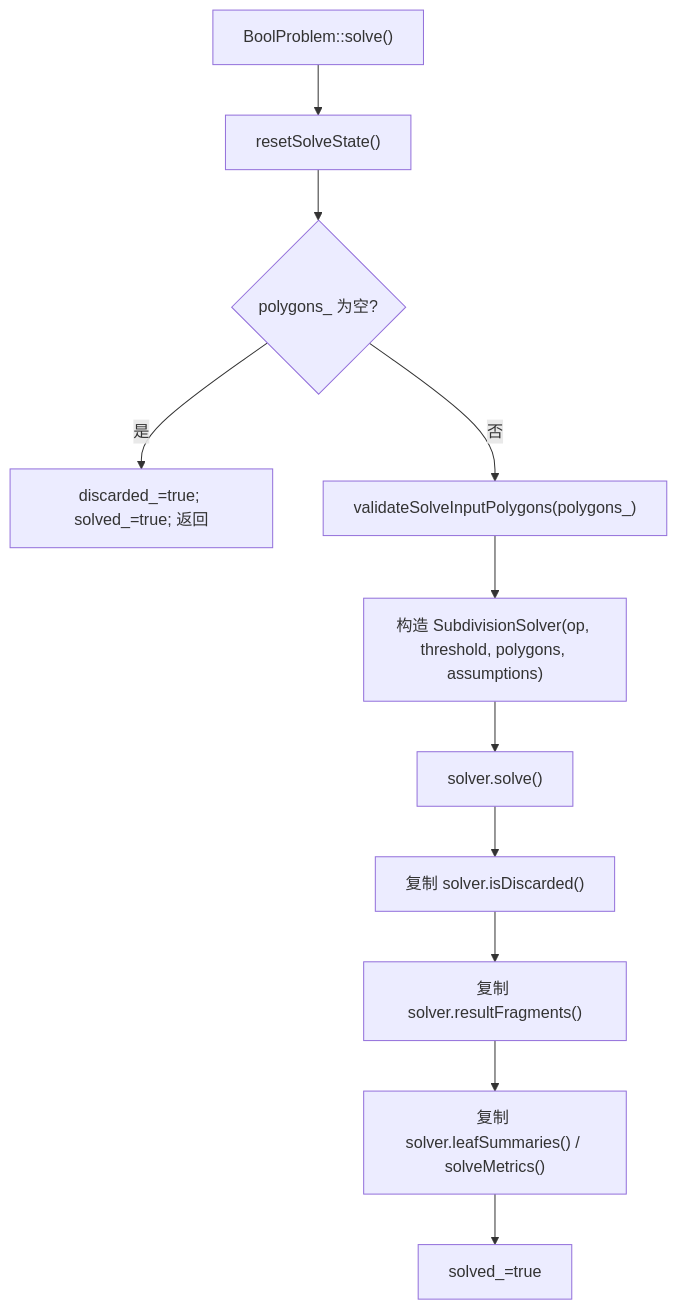
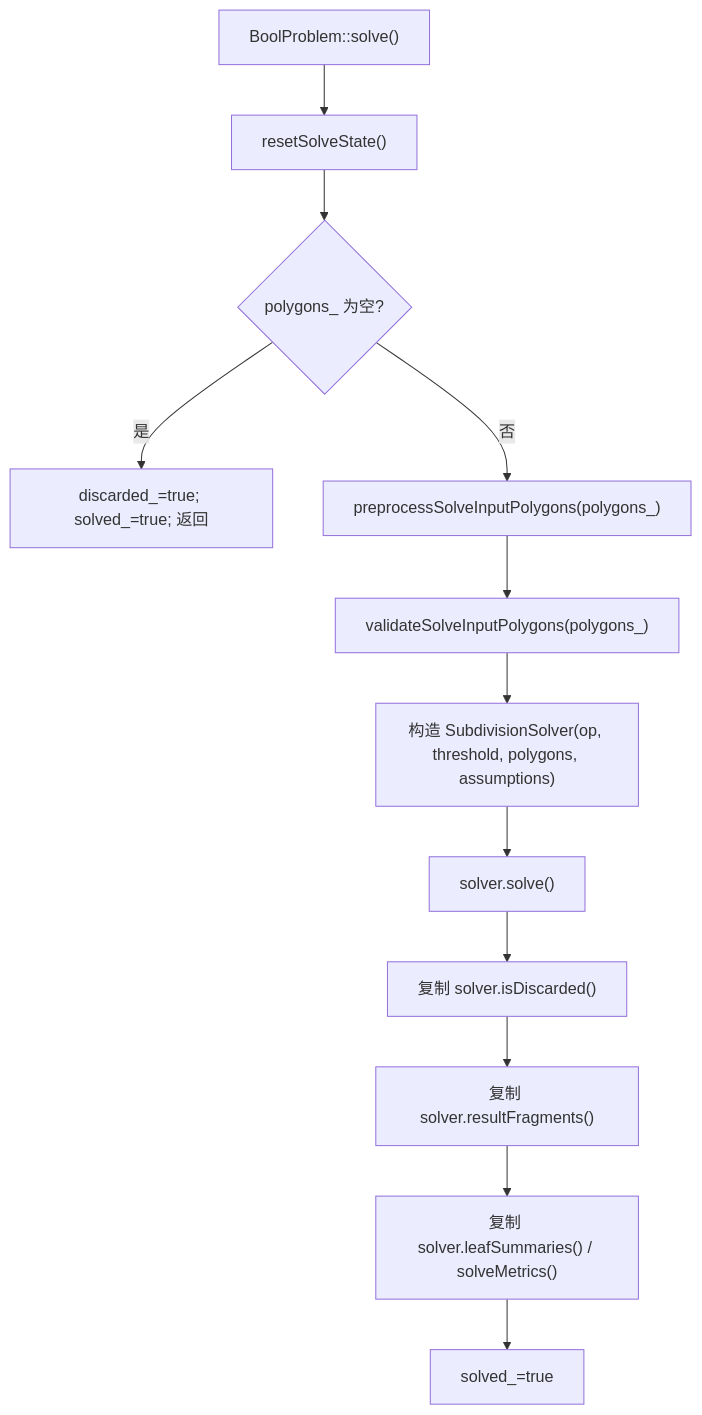
One commit to SDU-YueQiu/re-EMBER changed the second of 11 diagrams in docs/core-logic-flow.md. Above: the diagram before and after it, drawn with Mermaid. The commit also changed other lines of this file and 12 other files, not shown here.

````diff
--- a/docs/core-logic-flow.md
+++ b/docs/core-logic-flow.md
@@ -70,13 +71,14 @@
 ```mermaid
 flowchart TD
     A["BoolProblem::solve()"] --> B["resetSolveState()"]
     B --> C{"polygons_ 为空?"}
     C -->|是| D["discarded_=true; solved_=true; 返回"]
-    C -->|否| E["validateSolveInputPolygons(polygons_)"]
-    E --> F["构造 SubdivisionSolver(op, threshold, polygons, assumptions)"]
-    F --> G["solver.solve()"]
-    G --> H["复制 solver.isDiscarded()"]
-    H --> I["复制 solver.resultFragments()"]
-    I --> J["复制 solver.leafSummaries() / solveMetrics()"]
-    J --> K["solved_=true"]
+    C -->|否| E["preprocessSolveInputPolygons(polygons_)"]
+    E --> F["validateSolveInputPolygons(polygons_)"]
+    F --> G["构造 SubdivisionSolver(op, threshold, polygons, assumptions)"]
+    G --> H["solver.solve()"]
+    H --> I["复制 solver.isDiscarded()"]
+    I --> J["复制 solver.resultFragments()"]
+    J --> K["复制 solver.leafSummaries() / solveMetrics()"]
+    K --> L["solved_=true"]
 ```
````
